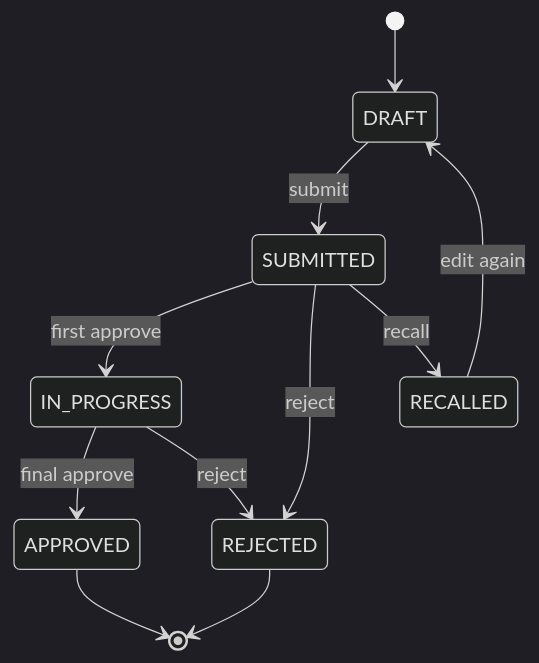
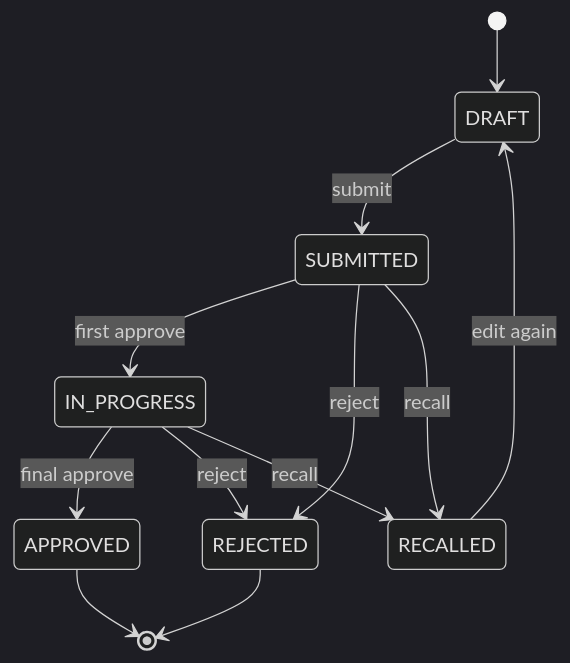
The second of 2 diagrams in docs/data-model.md (frontierverse/e-approval-system), drawn with Mermaid (dark theme) before and after one commit. The commit also changed other lines of this file and 7 other files, not shown here.

Commit message:
Allow drafter recall for in-progress documents

````diff
--- a/docs/data-model.md
+++ b/docs/data-model.md
@@ -319,13 +319,14 @@
 ```mermaid
 stateDiagram-v2
   [*] --> DRAFT
   DRAFT --> SUBMITTED: submit
   SUBMITTED --> IN_PROGRESS: first approve
   SUBMITTED --> REJECTED: reject
   SUBMITTED --> RECALLED: recall
   IN_PROGRESS --> APPROVED: final approve
   IN_PROGRESS --> REJECTED: reject
+  IN_PROGRESS --> RECALLED: recall
   APPROVED --> [*]
   REJECTED --> [*]
   RECALLED --> DRAFT: edit again
 ```
````
